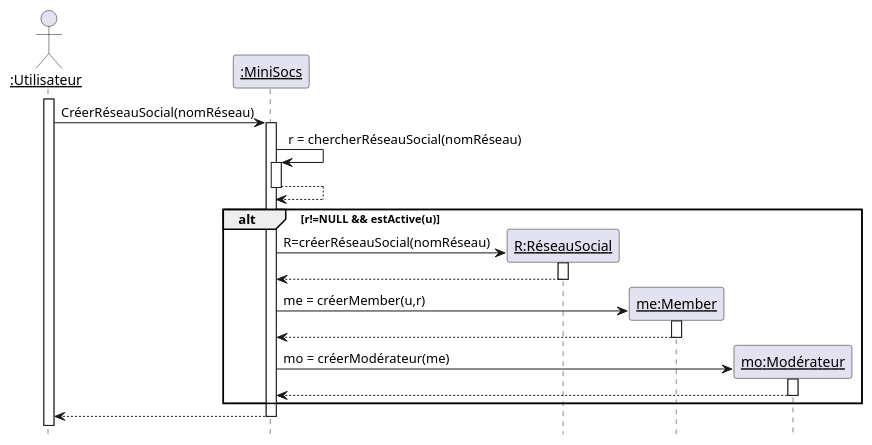
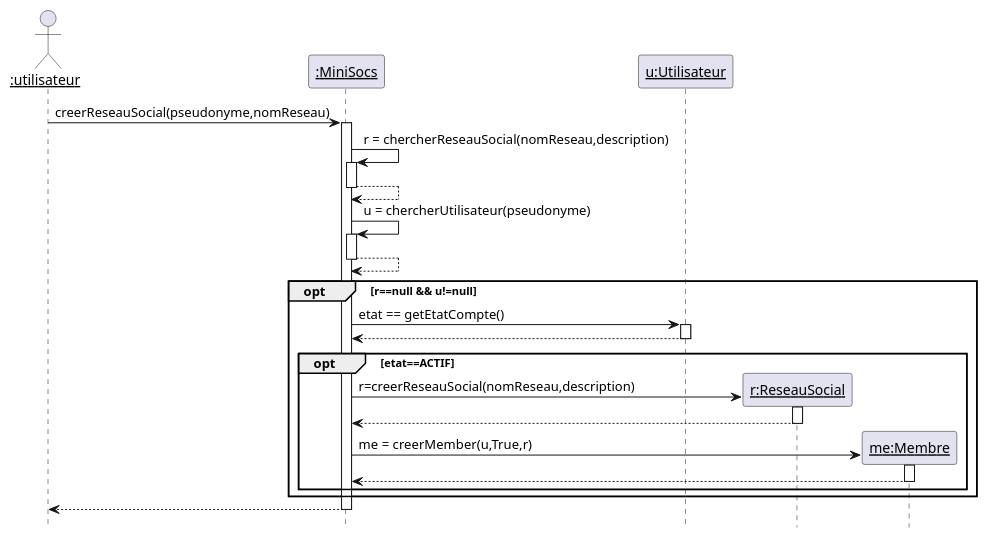
Before and after one commit to yesminete/MiniSocs: the diagram in Diagrammes/minisocs_uml_diag_seq_creer_reseau_social.pu, drawn with PlantUML. The commit also changed 10 other files, not shown here.

Commit message:
correction diagramme de classe / diagramme de seq

```diff
--- a/Diagrammes/minisocs_uml_diag_seq_creer_reseau_social.pu
+++ b/Diagrammes/minisocs_uml_diag_seq_creer_reseau_social.pu
@@ -1,32 +1,32 @@
 @startuml
 
 'Diagramme de séquence (PLantUML)'
 
 'configuration charte graphique'
 hide footbox
 skinparam sequenceParticiantBackgroundColor White
 skinparam sequenceActorBachkgroundColor White
 
 'Déclaration des acteurs et des participants'
-actor "__:Utilisateur__" as u
+actor "__:utilisateur__" as u
 participant "__:MiniSocs__" as m
-
-
-activate u
-u -> m: CréerRéseauSocial(nomRéseau)
-activate m
-m -> m ++: r = chercherRéseauSocial(nomRéseau)
+participant "__u:Utilisateur__" as ui
+u -> m ++: creerReseauSocial(pseudonyme,nomReseau)
+m -> m ++: r = chercherReseauSocial(nomReseau,description)
 return
-alt r!=NULL && estActive(u)
-create "__R:RéseauSocial__" as R
-m -> R++: R=créerRéseauSocial(nomRéseau)
+m -> m ++: u = chercherUtilisateur(pseudonyme)
 return
-create "__me:Member__" as mem
-m ->mem ++ : me = créerMember(u,r)
+opt r==null && u!=null
+m-> ui ++ : etat == getEtatCompte()
 return
-create "__mo:Modérateur__" as mo
-m->mo ++ : mo = créerModérateur(me)
+opt etat==ACTIF
+create "__r:ReseauSocial__" as R
+m -> R++: r=creerReseauSocial(nomReseau,description)
 return
+create "__me:Membre__" as mem
+m ->mem ++ : me = creerMember(u,True,r)
+return
+end
 end
 return
 @enduml
```
